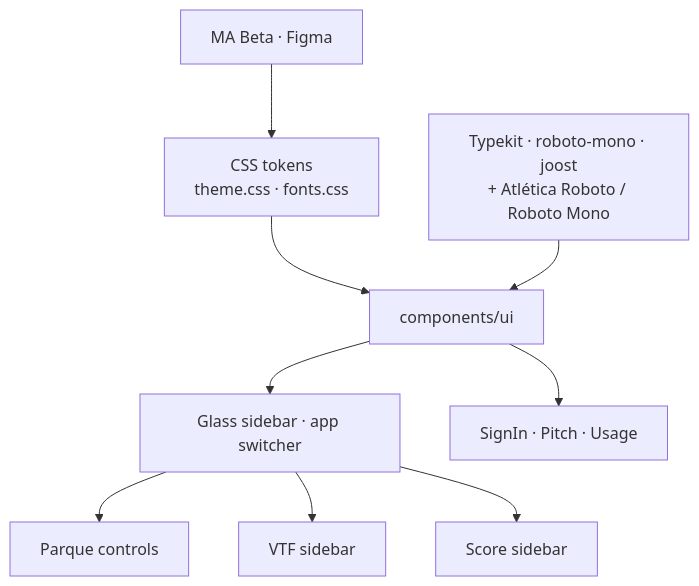
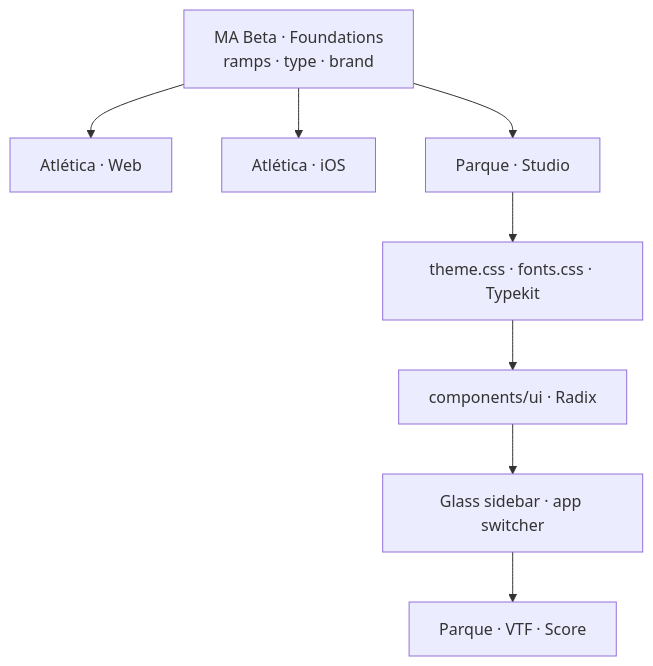
Before and after one commit to treybradley/mova-parque: the sixth of 6 diagrams in README.md, drawn with Mermaid. The commit also changed other lines of this file and 1 other file, not shown here.

Commit message:
“betaLaunchTweaks-readMe-pt2”

````diff
--- a/README.md
+++ b/README.md
@@ -244,11 +253,10 @@
 ```mermaid
 flowchart TB
-  FIG["MA Beta · Figma"] --> TOK["CSS tokens<br/>theme.css · fonts.css"]
-  TOK --> UI["components/ui"]
-  TYPE["Typekit · roboto-mono · joost<br/>+ Atlética Roboto / Roboto Mono"] --> UI
+  FOUND["MA Beta · Foundations<br/>ramps · type · brand"] --> WEB["Atlética · Web"]
+  FOUND --> IOS["Atlética · iOS"]
+  FOUND --> PQ["Parque · Studio"]
+  PQ --> TOK["theme.css · fonts.css · Typekit"]
+  TOK --> UI["components/ui · Radix"]
   UI --> SHELL["Glass sidebar · app switcher"]
-  UI --> MODALS["SignIn · Pitch · Usage"]
-  SHELL --> PQ["Parque controls"]
-  SHELL --> VTF["VTF sidebar"]
-  SHELL --> MS["Score sidebar"]
+  SHELL --> APPS["Parque · VTF · Score"]
 ```
````
